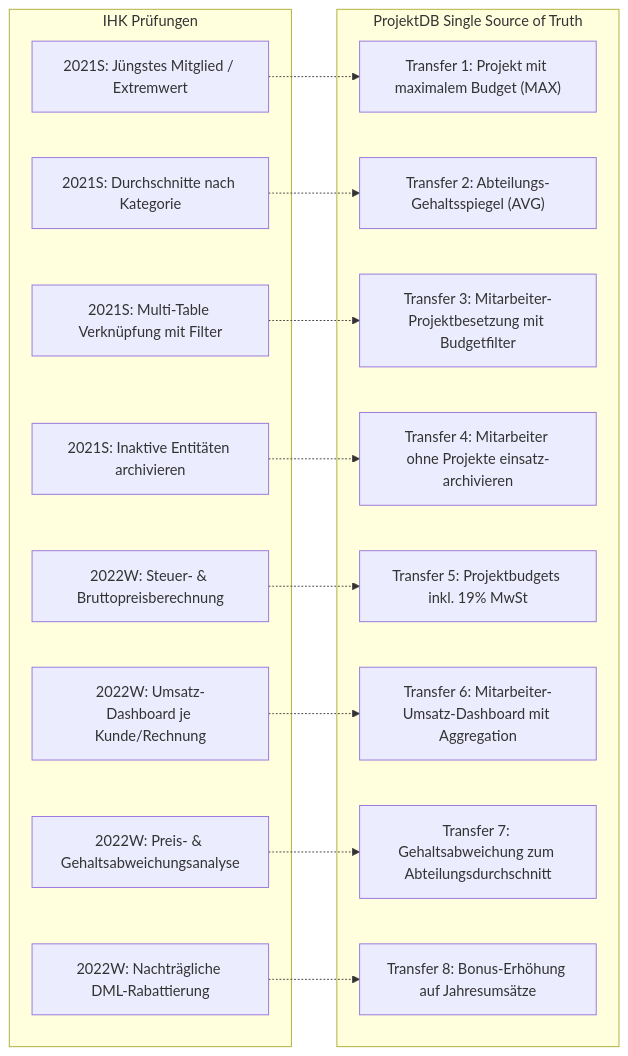
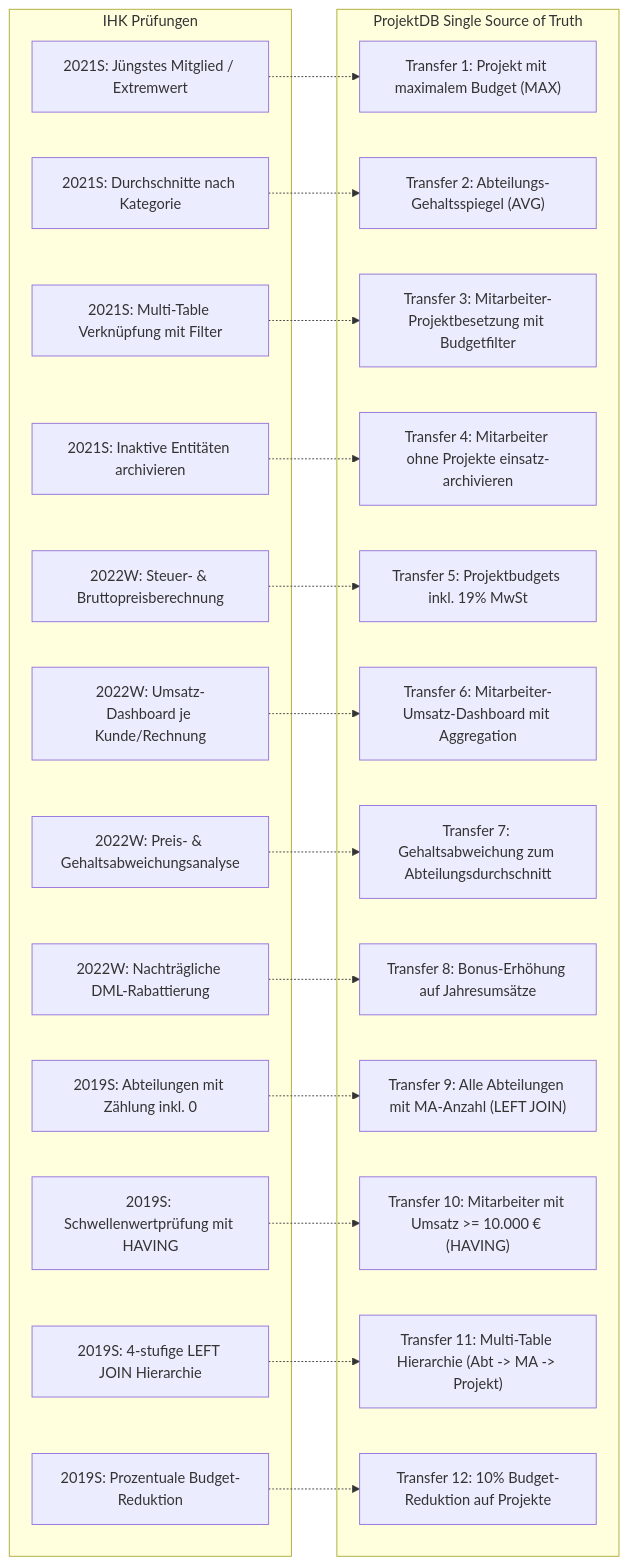
One commit to T-Boyke/SQL-Fundamentals changed the eighth of 8 diagrams in Day_22/readme.md. Above: the diagram before and after it, drawn with Mermaid. The commit also changed other lines of this file and 4 other files, not shown here.

````diff
--- a/Day_22/readme.md
+++ b/Day_22/readme.md
@@ -636,33 +753,45 @@
 ```mermaid
 flowchart LR
     subgraph Exams["IHK Prüfungen"]
         E1["2021S: Jüngstes Mitglied / Extremwert"]
         E2["2021S: Durchschnitte nach Kategorie"]
         E3["2021S: Multi-Table Verknüpfung mit Filter"]
         E4["2021S: Inaktive Entitäten archivieren"]
         E5["2022W: Steuer- & Bruttopreisberechnung"]
         E6["2022W: Umsatz-Dashboard je Kunde/Rechnung"]
         E7["2022W: Preis- & Gehaltsabweichungsanalyse"]
         E8["2022W: Nachträgliche DML-Rabattierung"]
+        E9["2019S: Abteilungen mit Zählung inkl. 0"]
+        E10["2019S: Schwellenwertprüfung mit HAVING"]
+        E11["2019S: 4-stufige LEFT JOIN Hierarchie"]
+        E12["2019S: Prozentuale Budget-Reduktion"]
     end
 
     subgraph SoT["ProjektDB Single Source of Truth"]
         S1["Transfer 1: Projekt mit maximalem Budget (MAX)"]
         S2["Transfer 2: Abteilungs-Gehaltsspiegel (AVG)"]
         S3["Transfer 3: Mitarbeiter-Projektbesetzung mit Budgetfilter"]
         S4["Transfer 4: Mitarbeiter ohne Projekte einsatz-archivieren"]
         S5["Transfer 5: Projektbudgets inkl. 19% MwSt"]
         S6["Transfer 6: Mitarbeiter-Umsatz-Dashboard mit Aggregation"]
         S7["Transfer 7: Gehaltsabweichung zum Abteilungsdurchschnitt"]
         S8["Transfer 8: Bonus-Erhöhung auf Jahresumsätze"]
+        S9["Transfer 9: Alle Abteilungen mit MA-Anzahl (LEFT JOIN)"]
+        S10["Transfer 10: Mitarbeiter mit Umsatz >= 10.000 € (HAVING)"]
+        S11["Transfer 11: Multi-Table Hierarchie (Abt -> MA -> Projekt)"]
+        S12["Transfer 12: 10% Budget-Reduktion auf Projekte"]
     end
 
     E1 -.-> S1
     E2 -.-> S2
     E3 -.-> S3
     E4 -.-> S4
     E5 -.-> S5
     E6 -.-> S6
     E7 -.-> S7
     E8 -.-> S8
+    E9 -.-> S9
+    E10 -.-> S10
+    E11 -.-> S11
+    E12 -.-> S12
 ```
````
